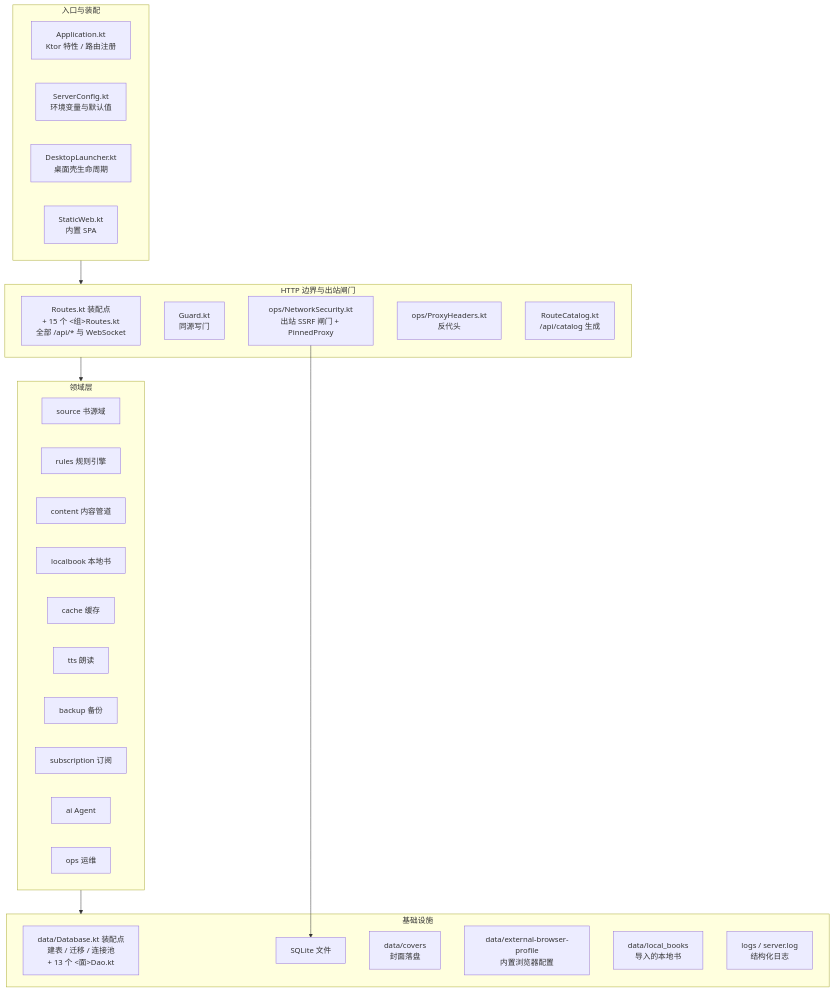
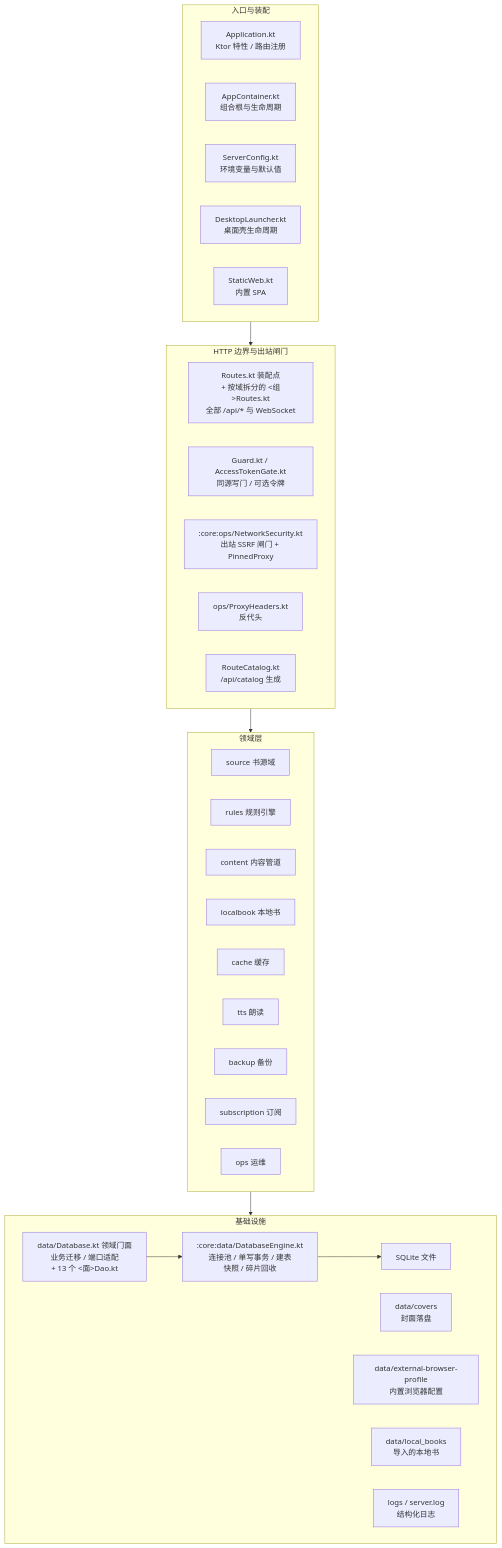
One commit to linqinqiu/legadoQ changed the second of 6 diagrams in docs/ARCHITECTURE.md. Above: the diagram before and after it, drawn with Mermaid. The commit also changed other lines of this file and 107 other files, not shown here.

````diff
--- a/docs/ARCHITECTURE.md
+++ b/docs/ARCHITECTURE.md
@@ -81,44 +78,46 @@
 ```mermaid
 flowchart TB
     subgraph L1["入口与装配"]
         A1["Application.kt<br/>Ktor 特性 / 路由注册"]
-        A2["ServerConfig.kt<br/>环境变量与默认值"]
-        A3["DesktopLauncher.kt<br/>桌面壳生命周期"]
-        A4["StaticWeb.kt<br/>内置 SPA"]
+        A2["AppContainer.kt<br/>组合根与生命周期"]
+        A3["ServerConfig.kt<br/>环境变量与默认值"]
+        A4["DesktopLauncher.kt<br/>桌面壳生命周期"]
+        A5["StaticWeb.kt<br/>内置 SPA"]
     end
 
     subgraph L2["HTTP 边界与出站闸门"]
-        B1["Routes.kt 装配点<br/>+ 15 个 <组>Routes.kt<br/>全部 /api/* 与 WebSocket"]
-        B2["Guard.kt<br/>同源写门"]
-        B3["ops/NetworkSecurity.kt<br/>出站 SSRF 闸门 + PinnedProxy"]
+        B1["Routes.kt 装配点<br/>+ 按域拆分的 <组>Routes.kt<br/>全部 /api/* 与 WebSocket"]
+        B2["Guard.kt / AccessTokenGate.kt<br/>同源写门 / 可选令牌"]
+        B3[":core:ops/NetworkSecurity.kt<br/>出站 SSRF 闸门 + PinnedProxy"]
         B4["ops/ProxyHeaders.kt<br/>反代头"]
         B5["RouteCatalog.kt<br/>/api/catalog 生成"]
     end
 
     subgraph L3["领域层"]
         C1["source 书源域"]
         C2["rules 规则引擎"]
         C3["content 内容管道"]
         C4["localbook 本地书"]
         C5["cache 缓存"]
         C6["tts 朗读"]
         C7["backup 备份"]
         C8["subscription 订阅"]
-        C9["ai Agent"]
-        C10["ops 运维"]
+        C9["ops 运维"]
     end
 
     subgraph L4["基础设施"]
-        D1["data/Database.kt 装配点<br/>建表 / 迁移 / 连接池<br/>+ 13 个 <面>Dao.kt"]
+        D1["data/Database.kt 领域门面<br/>业务迁移 / 端口适配<br/>+ 13 个 <面>Dao.kt"]
+        D1A[":core:data/DatabaseEngine.kt<br/>连接池 / 单写事务 / 建表<br/>快照 / 碎片回收"]
         D2["SQLite 文件"]
         D3["data/covers<br/>封面落盘"]
         D4["data/external-browser-profile<br/>内置浏览器配置"]
         D5["data/local_books<br/>导入的本地书"]
         D6["logs / server.log<br/>结构化日志"]
     end
 
     L1 --> L2
     L2 --> L3
     L3 --> L4
-    B3 --> D2
+    D1 --> D1A
+    D1A --> D2
 ```
````
